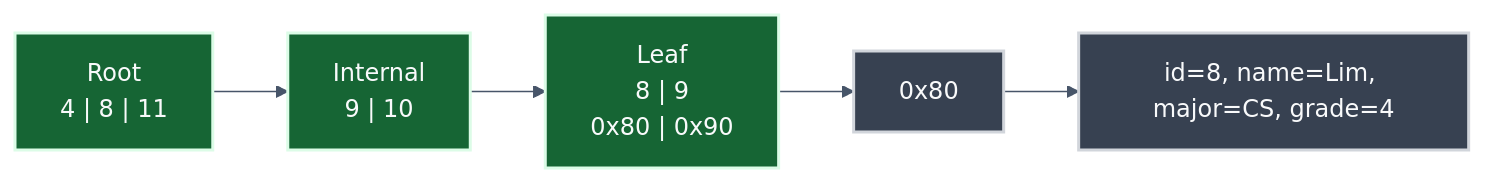
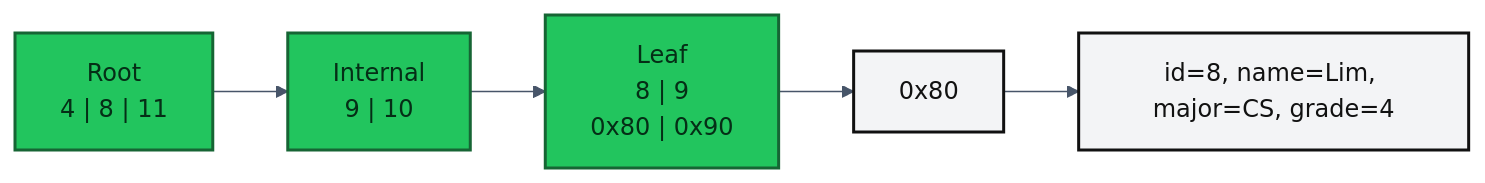
One commit to Jungle-12-303/week7-team1-sql-2 changed diagram 12 of 14 in README.md. Above: the diagram before and after it, drawn with Mermaid. The commit also changed other lines of this file, not shown here.

Commit message:
Refine README diagram colors for light mode

````diff
--- a/README.md
+++ b/README.md
@@ -597,26 +597,26 @@
 ```mermaid
 %%{init: {
   "theme": "base",
   "themeVariables": {
     "background": "#ffffff",
     "primaryColor": "#f8fafc",
     "primaryTextColor": "#111827",
     "primaryBorderColor": "#334155",
     "lineColor": "#475569",
     "secondaryColor": "#f1f5f9",
     "secondaryTextColor": "#111827",
     "tertiaryColor": "#e2e8f0",
     "tertiaryTextColor": "#111827"
   }
 }}%%
 flowchart LR
     A["Root<br/>4 | 8 | 11"] --> B["Internal<br/>9 | 10"]
     B --> C["Leaf<br/>8 | 9<br/>0x80 | 0x90"]
     C --> D["0x80"]
     D --> E["id=8, name=Lim, major=CS, grade=4"]
 
-    classDef tree fill:#166534,stroke:#dcfce7,stroke-width:2px,color:#f9fafb;
-    classDef data fill:#374151,stroke:#d1d5db,stroke-width:2px,color:#f9fafb;
+    classDef tree fill:#22c55e,stroke:#166534,stroke-width:2px,color:#052e16;
+    classDef data fill:#f3f4f6,stroke:#111111,stroke-width:2px,color:#111111;
     class A,B,C tree;
     class D,E data;
 ```
````
